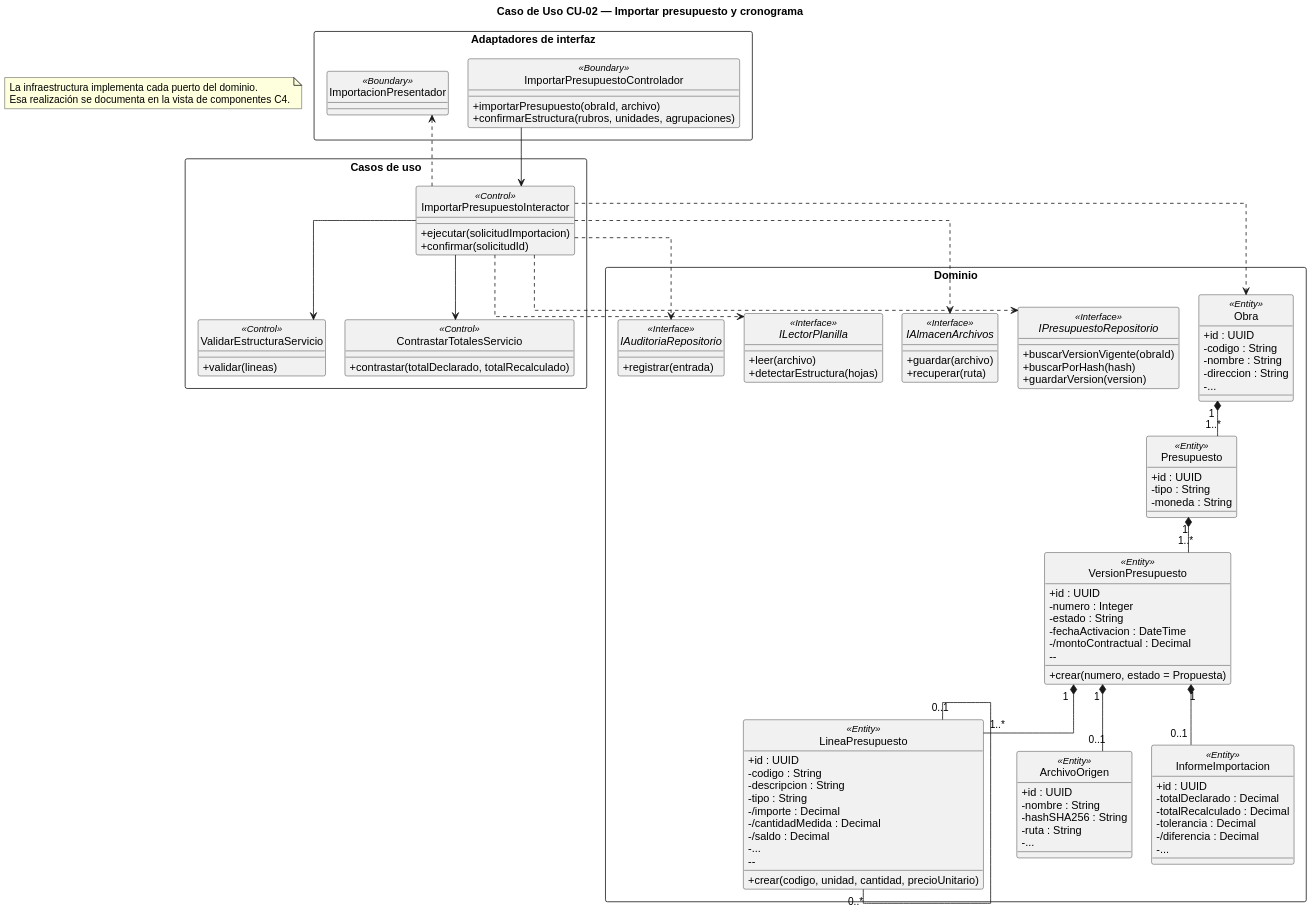
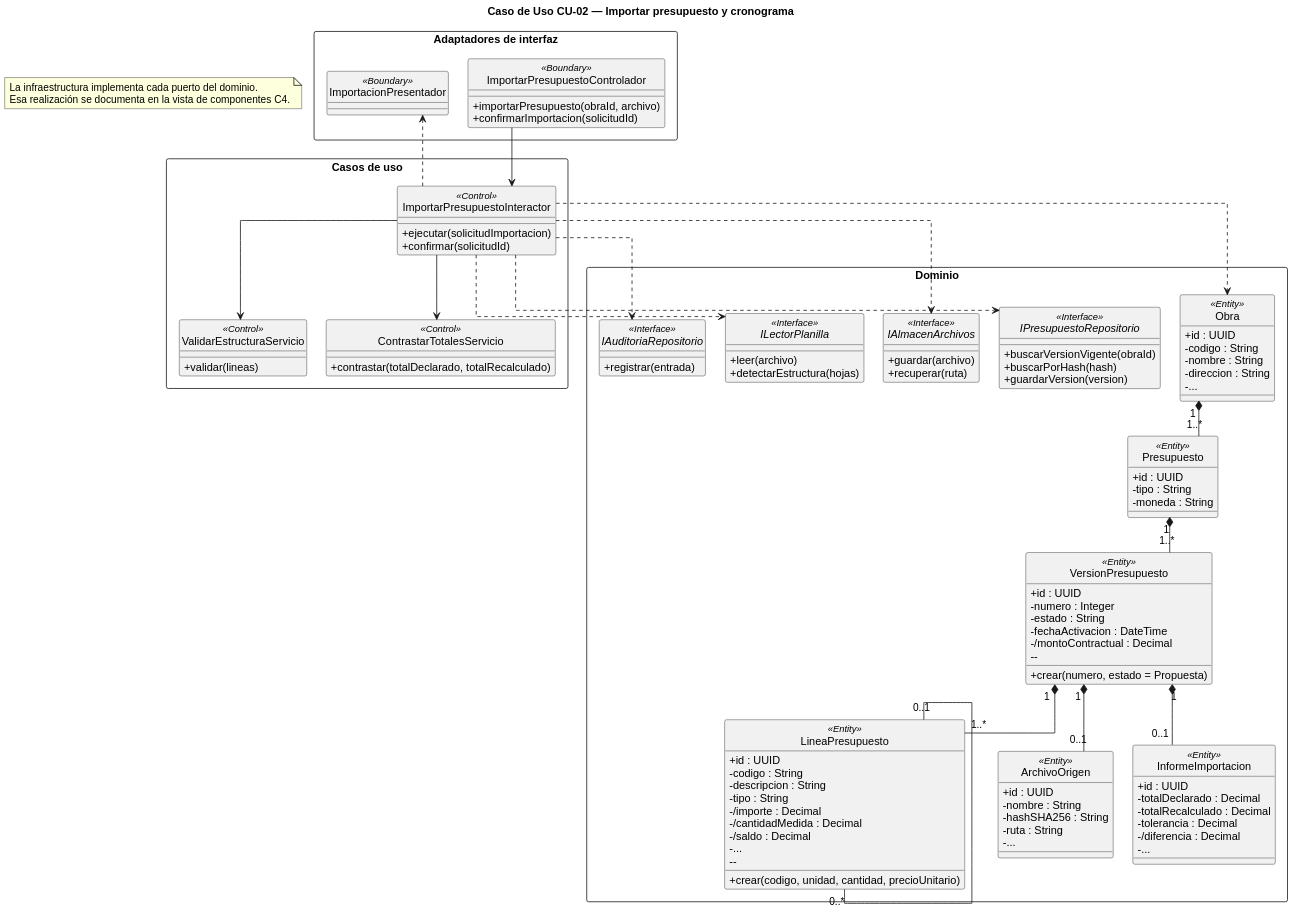
Before and after one commit to Ssrrb/TPF-teoria: the diagram in modelo/uml/03-CU-02-clases.puml, drawn with PlantUML. The commit also changed 40 other files, not shown here.

```diff
--- a/modelo/uml/03-CU-02-clases.puml
+++ b/modelo/uml/03-CU-02-clases.puml
@@ -1,120 +1,120 @@
 @startuml
 skinparam dpi 150
 skinparam shadowing false
 skinparam defaultFontName Liberation Sans
 skinparam classAttributeIconSize 0
 skinparam linetype ortho
 skinparam nodesep 25
 skinparam ranksep 45
 hide circle
 title Caso de Uso CU-02 — Importar presupuesto y cronograma
 
 package "Adaptadores de interfaz" <<Rectangle>> {
   class ImportarPresupuestoControlador <<Boundary>> {
     +importarPresupuesto(obraId, archivo)
-    +confirmarEstructura(rubros, unidades, agrupaciones)
+    +confirmarImportacion(solicitudId)
   }
   class ImportacionPresentador <<Boundary>> {
     
   }
 }
 package "Casos de uso" <<Rectangle>> {
   class ImportarPresupuestoInteractor <<Control>> {
     +ejecutar(solicitudImportacion)
     +confirmar(solicitudId)
   }
   class ValidarEstructuraServicio <<Control>> {
     +validar(lineas)
   }
   class ContrastarTotalesServicio <<Control>> {
     +contrastar(totalDeclarado, totalRecalculado)
   }
 }
 package "Dominio" <<Rectangle>> {
   class Obra <<Entity>> {
   +id : UUID
   -codigo : String
   -nombre : String
   -direccion : String
   -...
   }
   class Presupuesto <<Entity>> {
   +id : UUID
   -tipo : String
   -moneda : String
   }
   class VersionPresupuesto <<Entity>> {
   +id : UUID
   -numero : Integer
   -estado : String
   -fechaActivacion : DateTime
   -/montoContractual : Decimal
     --
     +crear(numero, estado = Propuesta)
   }
   class LineaPresupuesto <<Entity>> {
   +id : UUID
   -codigo : String
   -descripcion : String
   -tipo : String
   -/importe : Decimal
   -/cantidadMedida : Decimal
   -/saldo : Decimal
   -...
     --
     +crear(codigo, unidad, cantidad, precioUnitario)
   }
   class ArchivoOrigen <<Entity>> {
   +id : UUID
   -nombre : String
   -hashSHA256 : String
   -ruta : String
   -...
   }
   class InformeImportacion <<Entity>> {
   +id : UUID
   -totalDeclarado : Decimal
   -totalRecalculado : Decimal
   -tolerancia : Decimal
   -/diferencia : Decimal
   -...
   }
   interface IPresupuestoRepositorio <<Interface>> {
   +buscarVersionVigente(obraId)
   +buscarPorHash(hash)
   +guardarVersion(version)
   }
   interface IAlmacenArchivos <<Interface>> {
   +guardar(archivo)
   +recuperar(ruta)
   }
   interface ILectorPlanilla <<Interface>> {
   +leer(archivo)
   +detectarEstructura(hojas)
   }
   interface IAuditoriaRepositorio <<Interface>> {
   +registrar(entrada)
   }
 }
 
 ImportarPresupuestoControlador --> ImportarPresupuestoInteractor
 ImportarPresupuestoInteractor --> ValidarEstructuraServicio
 ImportarPresupuestoInteractor --> ContrastarTotalesServicio
 ImportarPresupuestoInteractor ..> ImportacionPresentador
 ImportarPresupuestoInteractor ..> IPresupuestoRepositorio
 ImportarPresupuestoInteractor ..> IAlmacenArchivos
 ImportarPresupuestoInteractor ..> ILectorPlanilla
 ImportarPresupuestoInteractor ..> IAuditoriaRepositorio
 ImportarPresupuestoInteractor ..> Obra
 Obra "1" *-- "1..*" Presupuesto
 Presupuesto "1" *-- "1..*" VersionPresupuesto
 VersionPresupuesto "1" *-- "1..*" LineaPresupuesto
 LineaPresupuesto "0..1" -- "0..*" LineaPresupuesto
 VersionPresupuesto "1" *-- "0..1" ArchivoOrigen
 VersionPresupuesto "1" *-- "0..1" InformeImportacion
 
 note as NInfra
   La infraestructura implementa cada puerto del dominio.
   Esa realización se documenta en la vista de componentes C4.
 end note
 @enduml
```
